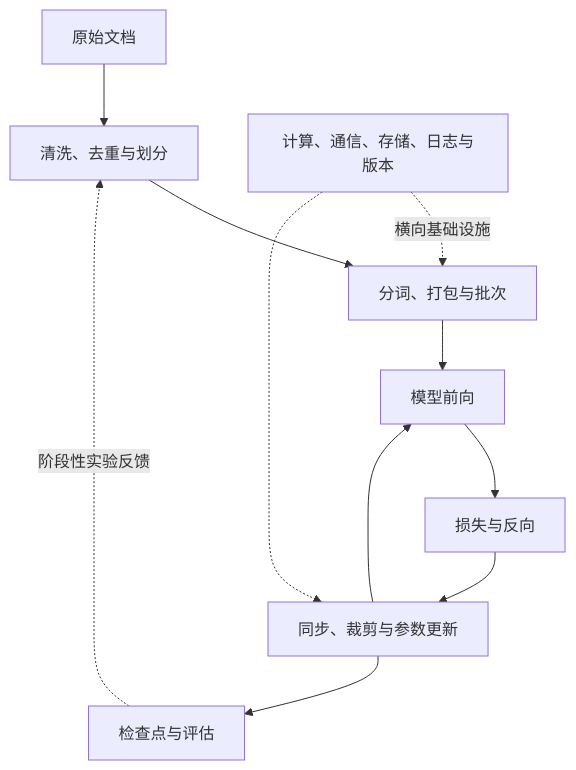
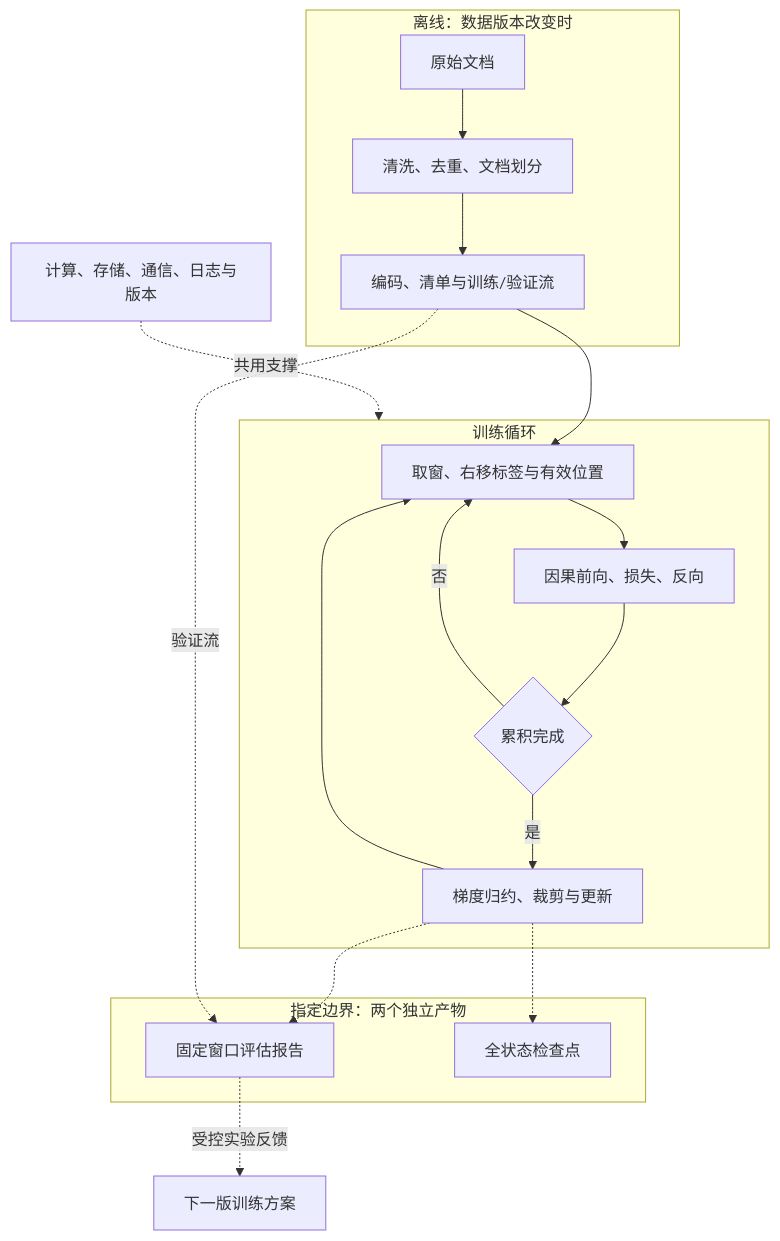
The diagram in README.md (cjgogo27/Pretrain), drawn with Mermaid before and after one commit. The commit also changed other lines of this file and 49 other files, not shown here.

````diff
--- a/README.md
+++ b/README.md
@@ -27,13 +27,23 @@
 ```mermaid
 flowchart TD
-  A[原始文档] --> B[清洗、去重与划分]
-  B --> C[分词、打包与批次]
-  C --> D[模型前向]
-  D --> E[损失与反向]
-  E --> F[同步、裁剪与参数更新]
-  F --> D
-  F --> G[检查点与评估]
-  G -.阶段性实验反馈.-> B
-  H[计算、通信、存储、日志与版本] -.横向基础设施.-> C
-  H -.-> F
+  subgraph OFF[离线：数据版本改变时]
+    A[原始文档] --> B[清洗、去重、文档划分] --> C[编码、清单与训练/验证流]
+  end
+  subgraph LOOP[训练循环]
+    D[取窗、右移标签与有效位置] --> E[因果前向、损失、反向]
+    E --> F{累积完成}
+    F -->|否| D
+    F -->|是| G[梯度归约、裁剪与更新]
+    G --> D
+  end
+  C --> D
+  subgraph STAGE[指定边界：两个独立产物]
+    J[固定窗口评估报告]
+    K[全状态检查点]
+  end
+  G -.-> J
+  G -.-> K
+  C -.验证流.-> J
+  J -.受控实验反馈.-> P[下一版训练方案]
+  H[计算、存储、通信、日志与版本] -.共用支撑.-> LOOP
 ```
````
